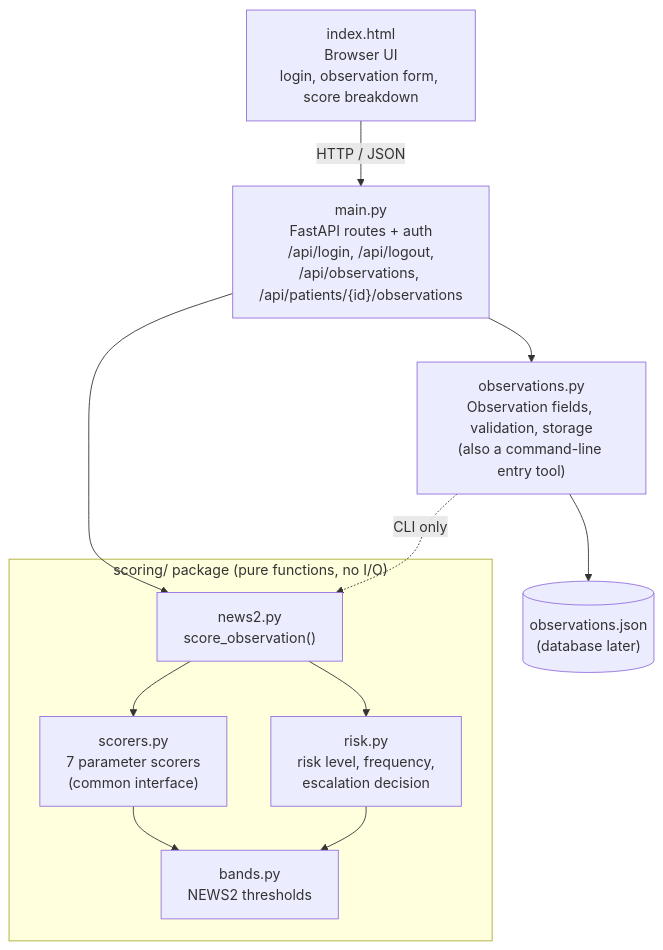
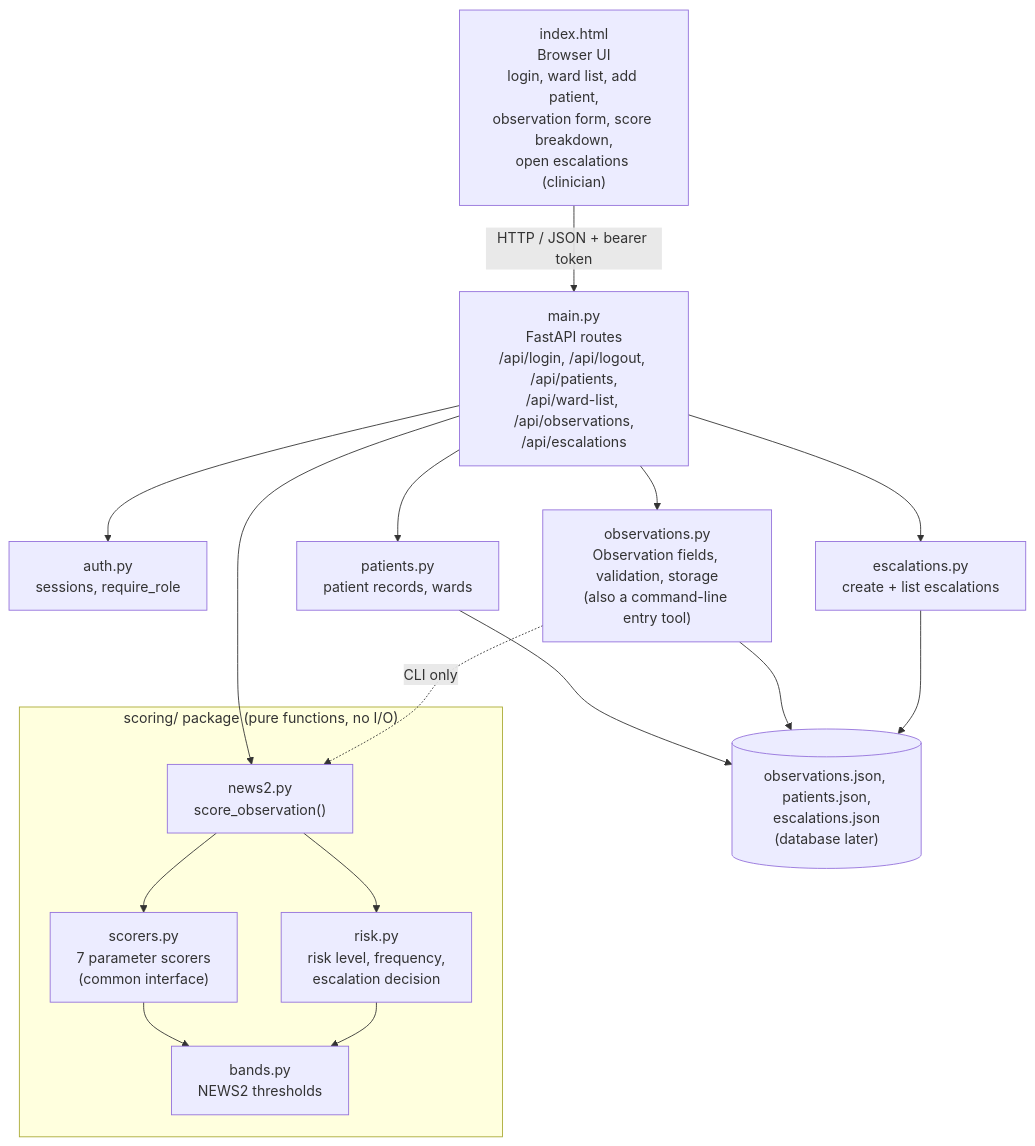
The diagram in docs/ARCHITECTURE.md (n85mith/COMP3415-GROUP_PROJECT), drawn with Mermaid before and after one commit. The commit also changed other lines of this file and 3 other files, not shown here.

Commit message:
docs: update backlog, architecture, testing and README for P3 (US-02, US-07)

````diff
--- a/docs/ARCHITECTURE.md
+++ b/docs/ARCHITECTURE.md
@@ -5,23 +5,31 @@
 ```mermaid
 flowchart TD
-    UI["index.html<br/>Browser UI<br/>login, observation form, score breakdown"]
-    API["main.py<br/>FastAPI routes + auth<br/>/api/login, /api/logout,<br/>/api/observations, /api/patients/{id}/observations"]
+    UI["index.html<br/>Browser UI<br/>login, ward list, add patient,<br/>observation form, score breakdown,<br/>open escalations (clinician)"]
+    API["main.py<br/>FastAPI routes<br/>/api/login, /api/logout, /api/patients,<br/>/api/ward-list, /api/observations,<br/>/api/escalations"]
+    AUTH["auth.py<br/>sessions, require_role"]
+    PAT["patients.py<br/>patient records, wards"]
     OBS["observations.py<br/>Observation fields, validation, storage<br/>(also a command-line entry tool)"]
+    ESC["escalations.py<br/>create + list escalations"]
     subgraph SCORING["scoring/ package (pure functions, no I/O)"]
         NEWS["news2.py<br/>score_observation()"]
         SCORERS["scorers.py<br/>7 parameter scorers<br/>(common interface)"]
         BANDS["bands.py<br/>NEWS2 thresholds"]
         RISK["risk.py<br/>risk level, frequency,<br/>escalation decision"]
     end
-    STORE[("observations.json<br/>(database later)")]
+    STORE[("observations.json, patients.json,<br/>escalations.json<br/>(database later)")]
 
-    UI -- "HTTP / JSON" --> API
+    UI -- "HTTP / JSON + bearer token" --> API
+    API --> AUTH
+    API --> PAT
     API --> OBS
     API --> NEWS
+    API --> ESC
+    PAT --> STORE
     OBS --> STORE
+    ESC --> STORE
     OBS -.->|CLI only| NEWS
     NEWS --> SCORERS
     NEWS --> RISK
     SCORERS --> BANDS
     RISK --> BANDS
 ```
````
